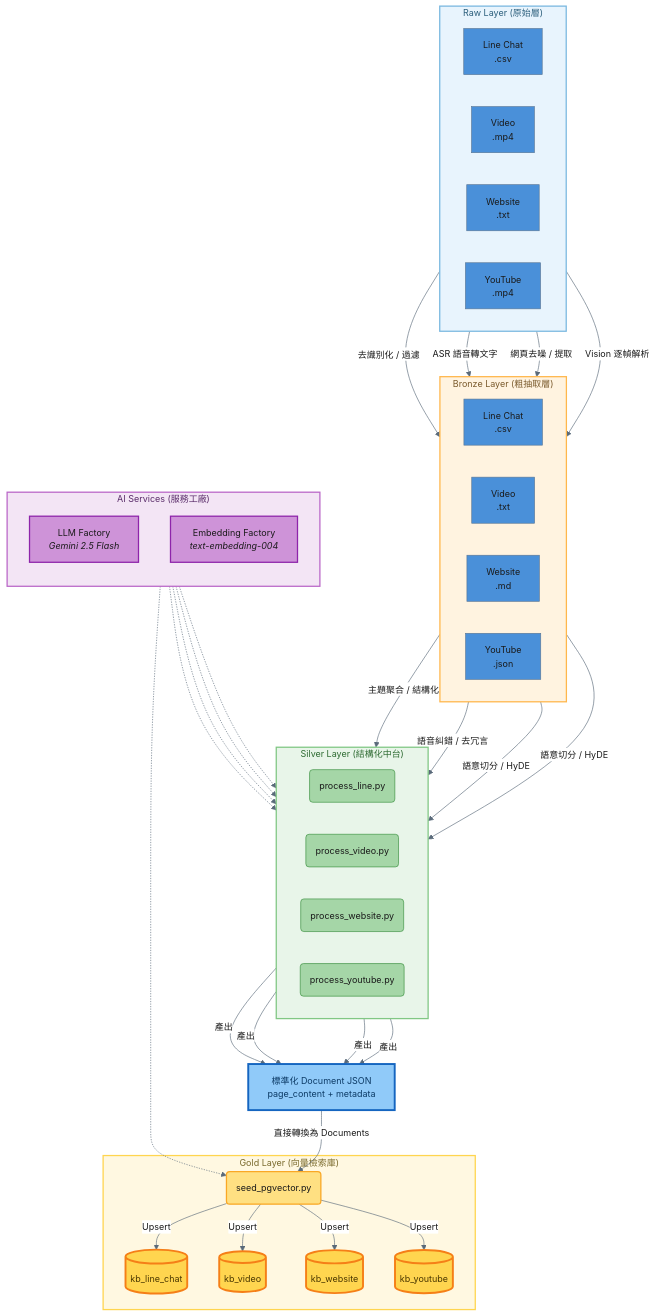
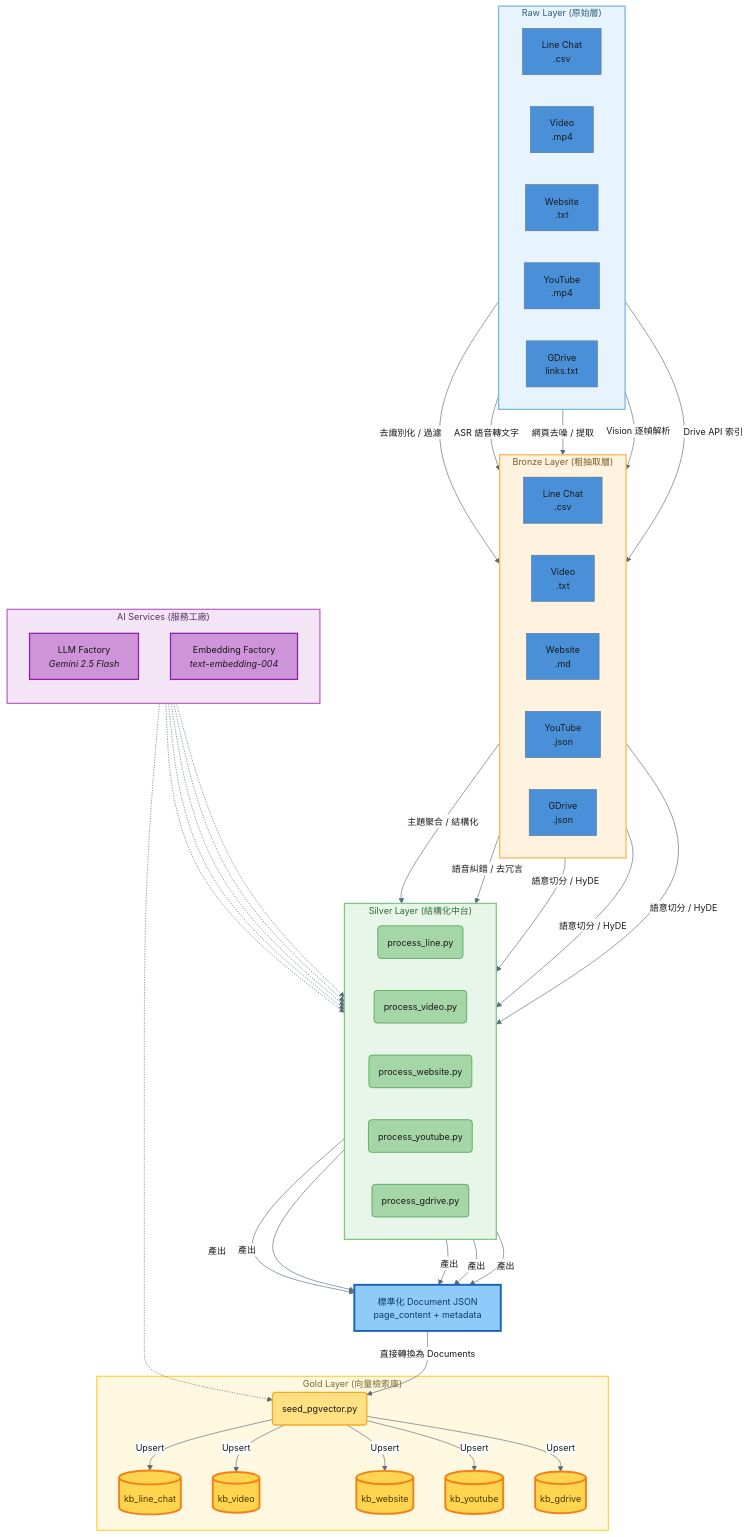
The diagram in docs/assets/architecture.mmd (Imding1211/lock_AI_data), drawn with Mermaid before and after one commit. The commit also changed 49 other files, not shown here.

```diff
--- a/docs/assets/architecture.mmd
+++ b/docs/assets/architecture.mmd
@@ -1,86 +1,94 @@
 ---
 config:
   layout: dagre
   theme: base
   themeVariables:
     primaryColor: '#4A90D9'
     primaryTextColor: '#1a1a1a'
     lineColor: '#5A6A7A'
     edgeLabelBackground: '#ffffff'
     tertiaryTextColor: '#1a1a1a'
     fontSize: 14px
 ---
 graph TD
     subgraph RAW ["Raw Layer (原始層)"]
         direction LR
         A1["Line Chat<br/>.csv"]
         A2["Video<br/>.mp4"]
         A3["Website<br/>.txt"]
         A4["YouTube<br/>.mp4"]
+        A5["GDrive<br/>links.txt"]
     end
 
     subgraph BRONZE ["Bronze Layer (粗抽取層)"]
         direction LR
         B1["Line Chat<br/>.csv"]
         B2["Video<br/>.txt"]
         B3["Website<br/>.md"]
         B4["YouTube<br/>.json"]
+        B5["GDrive<br/>.json"]
     end
 
     subgraph SILVER ["Silver Layer (結構化中台)"]
         direction LR
         C1("process_line.py")
         C2("process_video.py")
         C3("process_website.py")
         C4("process_youtube.py")
+        C5("process_gdrive.py")
     end
 
     D["標準化 Document JSON<br/>page_content + metadata"]
 
     subgraph GOLD ["Gold Layer (向量檢索庫)"]
         E("seed_pgvector.py")
         F1[("kb_line_chat")]
         F2[("kb_video")]
         F3[("kb_website")]
         F4[("kb_youtube")]
+        F5[("kb_gdrive")]
     end
     A1 -->|"去識別化 / 過濾"| B1
     A2 -->|"ASR 語音轉文字"| B2
     A3 -->|"網頁去噪 / 提取"| B3
     A4 -->|"Vision 逐幀解析"| B4
+    A5 -->|"Drive API 索引"| B5
 
     B1 -->|"主題聚合 / 結構化"| C1
     B2 -->|"語音糾錯 / 去冗言"| C2
     B3 -->|"語意切分 / HyDE"| C3
     B4 -->|"語意切分 / HyDE"| C4
+    B5 -->|"語意切分 / HyDE"| C5
 
-    C1 & C2 & C3 & C4 -->|"產出"| D
+    C1 & C2 & C3 & C4 & C5 -->|"產出"| D
 
     D -->|"直接轉換為 Documents"| E
 
-    E -->|"Upsert"| F1 & F2 & F3 & F4
+    E -->|"Upsert"| F1 & F2 & F3 & F4 & F5
     subgraph AI ["AI Services (服務工廠)"]
         direction TB
         LLM_F["LLM Factory<br/><i>Gemini 2.5 Flash</i>"]
         EMB_F["Embedding Factory<br/><i>text-embedding-004</i>"]
     end
 
-    LLM_F -.-> C1 & C2 & C3 & C4
+    LLM_F -.-> C1 & C2 & C3 & C4 & C5
     EMB_F -.-> E
     style RAW fill:#E8F4FD,stroke:#7AB8E0,stroke-width:2px,color:#2C5F7C
     style BRONZE fill:#FFF3E0,stroke:#FFB74D,stroke-width:2px,color:#7A5A2C
     style SILVER fill:#E8F5E9,stroke:#81C784,stroke-width:2px,color:#2E6B32
     style GOLD fill:#FFF8E1,stroke:#FFD54F,stroke-width:2px,color:#7A6A2C
     style AI fill:#F3E5F5,stroke:#BA68C8,stroke-width:2px,color:#5A2D6A
     style LLM_F fill:#CE93D8,stroke:#8E24AA,stroke-width:2px,color:#1a1a1a
     style EMB_F fill:#CE93D8,stroke:#8E24AA,stroke-width:2px,color:#1a1a1a
     style D fill:#90CAF9,stroke:#1565C0,stroke-width:3px,color:#0D3B66
     style C1 fill:#A5D6A7,stroke:#388E3C,stroke-width:1px
     style C2 fill:#A5D6A7,stroke:#388E3C,stroke-width:1px
     style C3 fill:#A5D6A7,stroke:#388E3C,stroke-width:1px
     style C4 fill:#A5D6A7,stroke:#388E3C,stroke-width:1px
+    style C5 fill:#A5D6A7,stroke:#388E3C,stroke-width:1px
     style E fill:#FFE082,stroke:#F9A825,stroke-width:2px
     style F1 fill:#FFD54F,stroke:#F57F17,stroke-width:3px,color:#4A3700
     style F2 fill:#FFD54F,stroke:#F57F17,stroke-width:3px,color:#4A3700
     style F3 fill:#FFD54F,stroke:#F57F17,stroke-width:3px,color:#4A3700
     style F4 fill:#FFD54F,stroke:#F57F17,stroke-width:3px,color:#4A3700
+    style F5 fill:#FFD54F,stroke:#F57F17,stroke-width:3px,color:#4A3700
```
